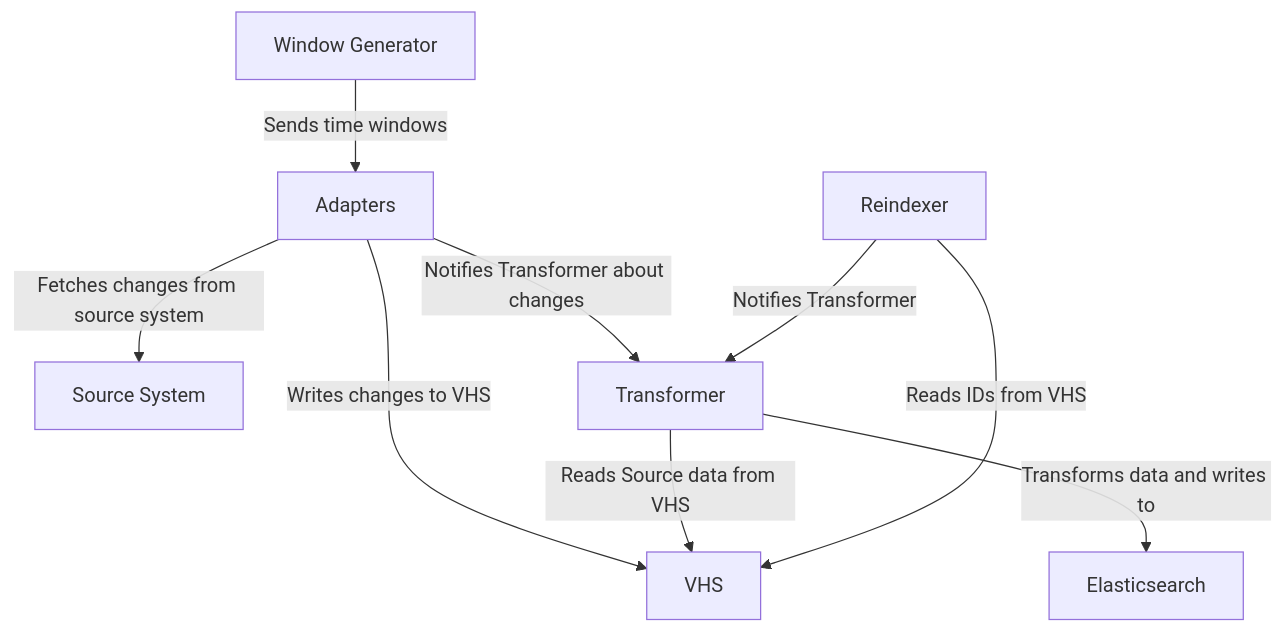
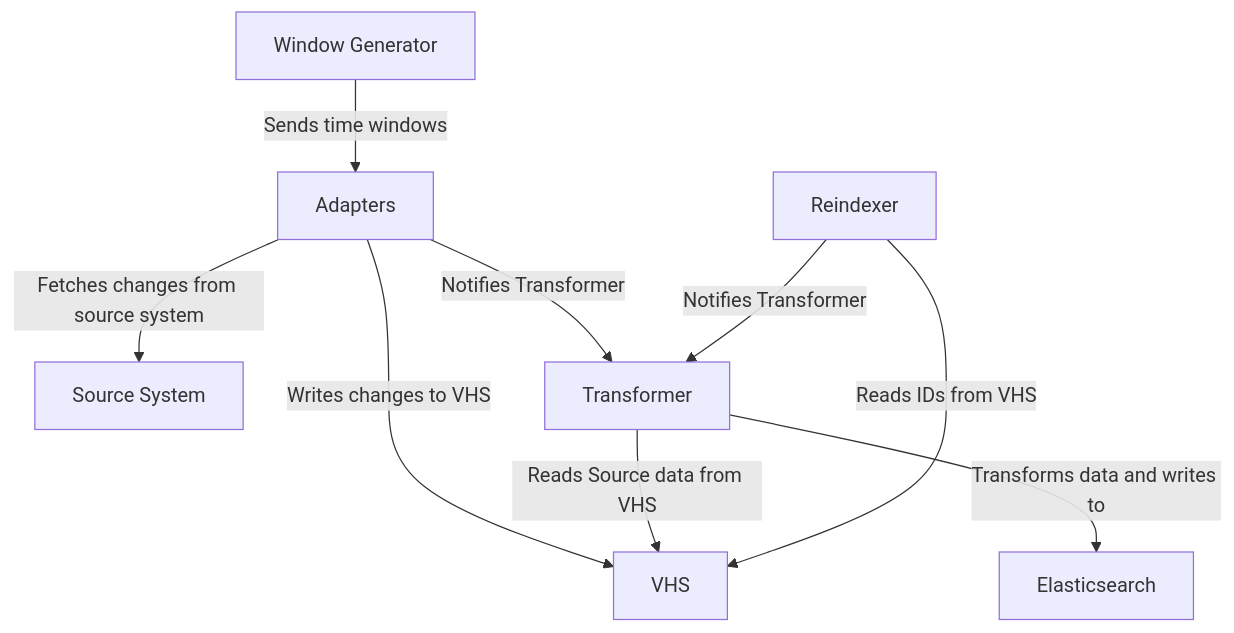
Before and after one commit to wellcomecollection/docs: the first of 2 diagrams in rfcs/075-updated_adapters/README.md, drawn with Mermaid. The commit also changed other lines of this file and 2 other files, not shown here.

Commit message:
add some more code examples and diagrams

````diff
--- a/rfcs/075-updated_adapters/README.md
+++ b/rfcs/075-updated_adapters/README.md
@@ -52,12 +52,12 @@
 ```mermaid
 flowchart TD
     A[Window Generator] -->|Sends time windows| B[Adapters]
     B -->|Fetches changes from source system| G[Source System]
     B -->|Writes changes to VHS| C[VHS]
-    B -->|Notifies Transformer about changes| D[Transformer]
+    B -->|Notifies Transformer| D[Transformer]
     D[Transformer]
     D -->|Reads Source data from VHS| C[VHS]
     D -->|Transforms data and writes to| E[Elasticsearch]
     F[Reindexer] -->|Reads IDs from VHS| C
     F[Reindexer] -->|Notifies Transformer| D
 ```
````
